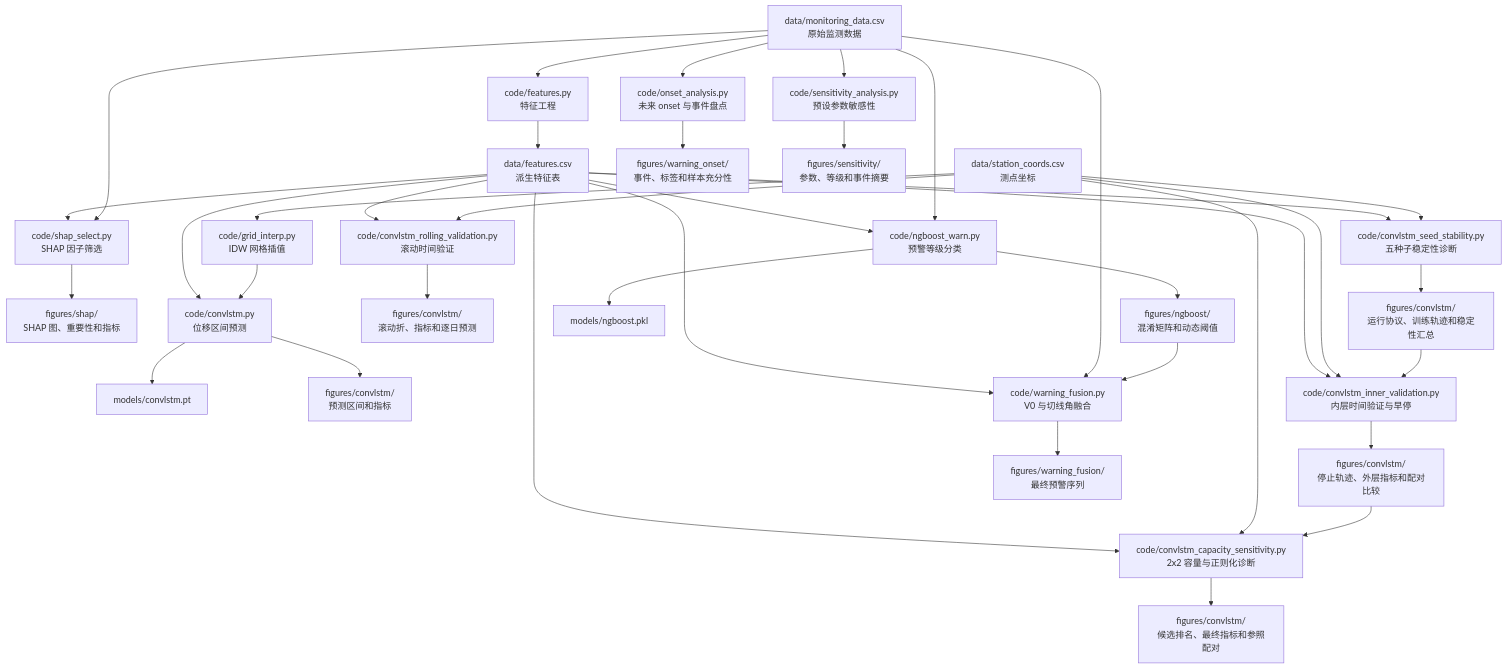
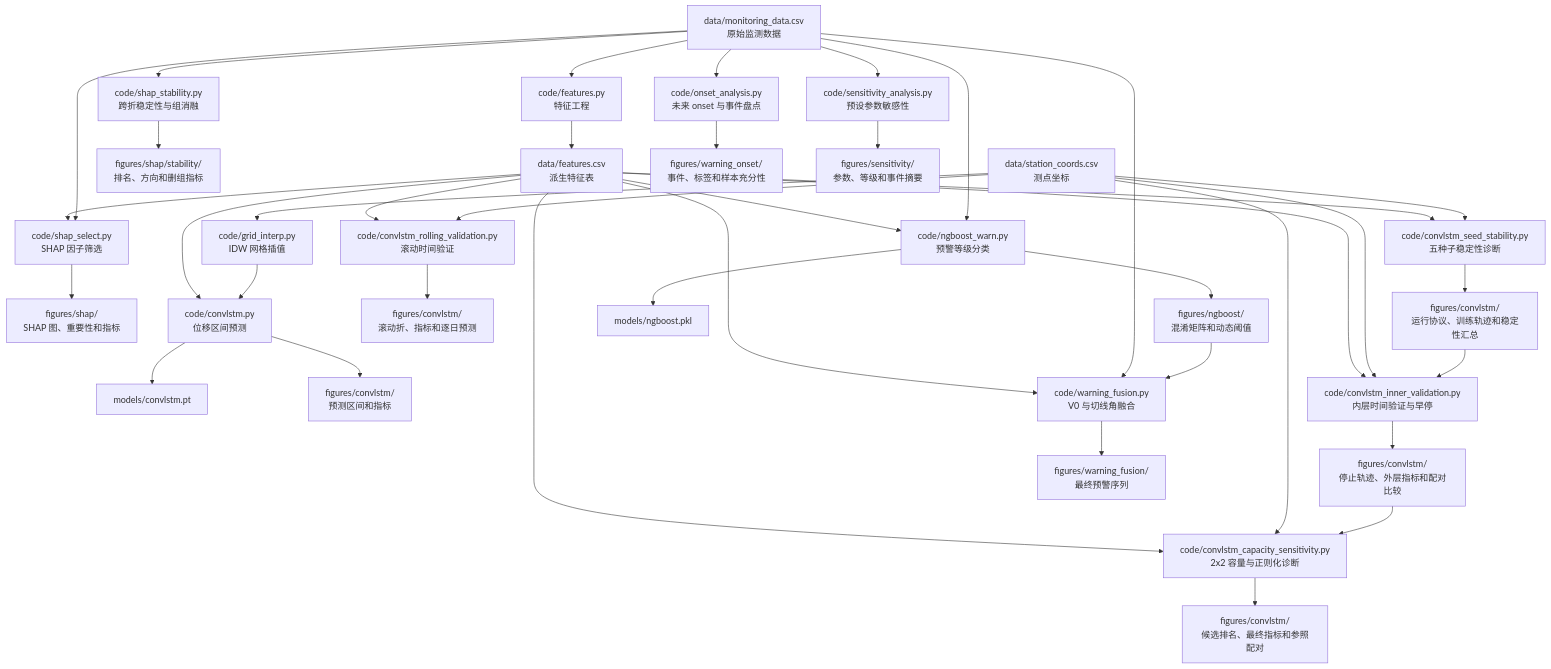
The diagram in README.md (wcqqq1214/Landslide-Warning), drawn with Mermaid before and after one commit. The commit also changed other lines of this file and 17 other files, not shown here.

Commit message:
chore: record shap stability results

````diff
--- a/README.md
+++ b/README.md
@@ -180,39 +183,41 @@
 ```mermaid
 flowchart TD
     A["data/monitoring_data.csv<br/>原始监测数据"] --> B["code/features.py<br/>特征工程"]
     B --> C["data/features.csv<br/>派生特征表"]
     C --> D["code/shap_select.py<br/>SHAP 因子筛选"]
     A --> D
     D --> E["figures/shap/<br/>SHAP 图、重要性和指标"]
+    A --> DS["code/shap_stability.py<br/>跨折稳定性与组消融"]
+    DS --> DE["figures/shap/stability/<br/>排名、方向和删组指标"]
     C --> F["code/convlstm.py<br/>位移区间预测"]
     G["data/station_coords.csv<br/>测点坐标"] --> H["code/grid_interp.py<br/>IDW 网格插值"]
     H --> F
     F --> I["models/convlstm.pt"]
     F --> J["figures/convlstm/<br/>预测区间和指标"]
     C --> T["code/convlstm_rolling_validation.py<br/>滚动时间验证"]
     G --> T
     T --> U["figures/convlstm/<br/>滚动折、指标和逐日预测"]
     C --> V["code/convlstm_seed_stability.py<br/>五种子稳定性诊断"]
     G --> V
     V --> W["figures/convlstm/<br/>运行协议、训练轨迹和稳定性汇总"]
     C --> X["code/convlstm_inner_validation.py<br/>内层时间验证与早停"]
     G --> X
     W --> X
     X --> Y["figures/convlstm/<br/>停止轨迹、外层指标和配对比较"]
     C --> Z["code/convlstm_capacity_sensitivity.py<br/>2x2 容量与正则化诊断"]
     G --> Z
     Y --> Z
     Z --> ZA["figures/convlstm/<br/>候选排名、最终指标和参照配对"]
     C --> K["code/ngboost_warn.py<br/>预警等级分类"]
     A --> K
     K --> L["models/ngboost.pkl"]
     K --> M["figures/ngboost/<br/>混淆矩阵和动态阈值"]
     C --> N["code/warning_fusion.py<br/>V0 与切线角融合"]
     A --> N
     M --> N
     N --> O["figures/warning_fusion/<br/>最终预警序列"]
     A --> P["code/onset_analysis.py<br/>未来 onset 与事件盘点"]
     P --> Q["figures/warning_onset/<br/>事件、标签和样本充分性"]
     A --> R["code/sensitivity_analysis.py<br/>预设参数敏感性"]
     R --> S["figures/sensitivity/<br/>参数、等级和事件摘要"]
 ```
````
